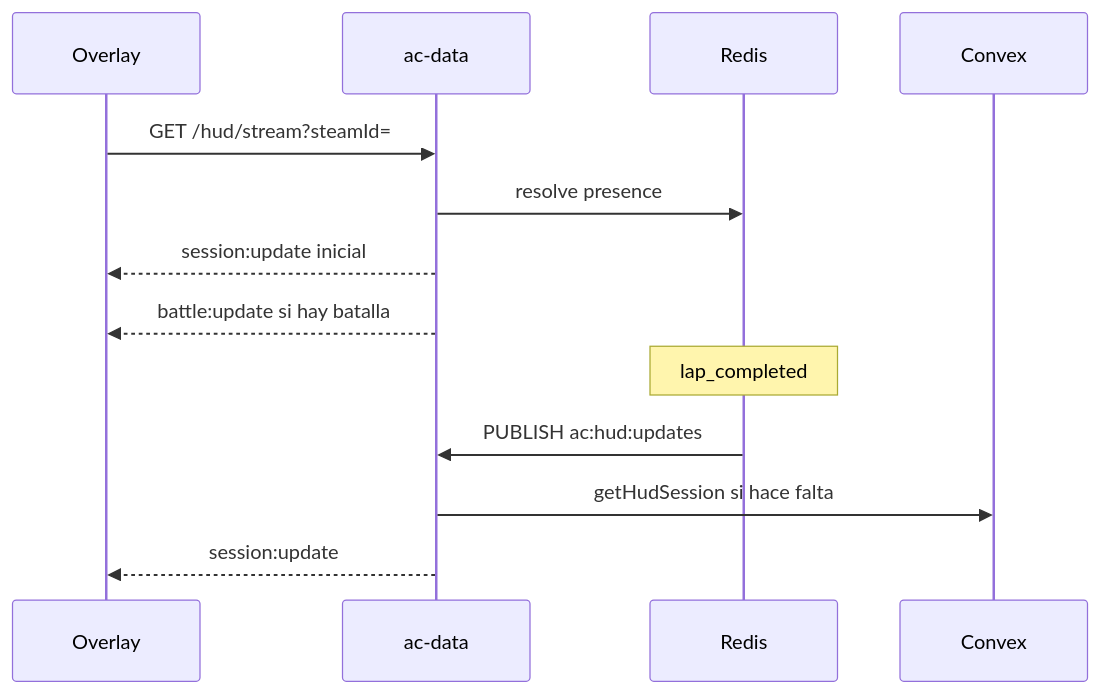
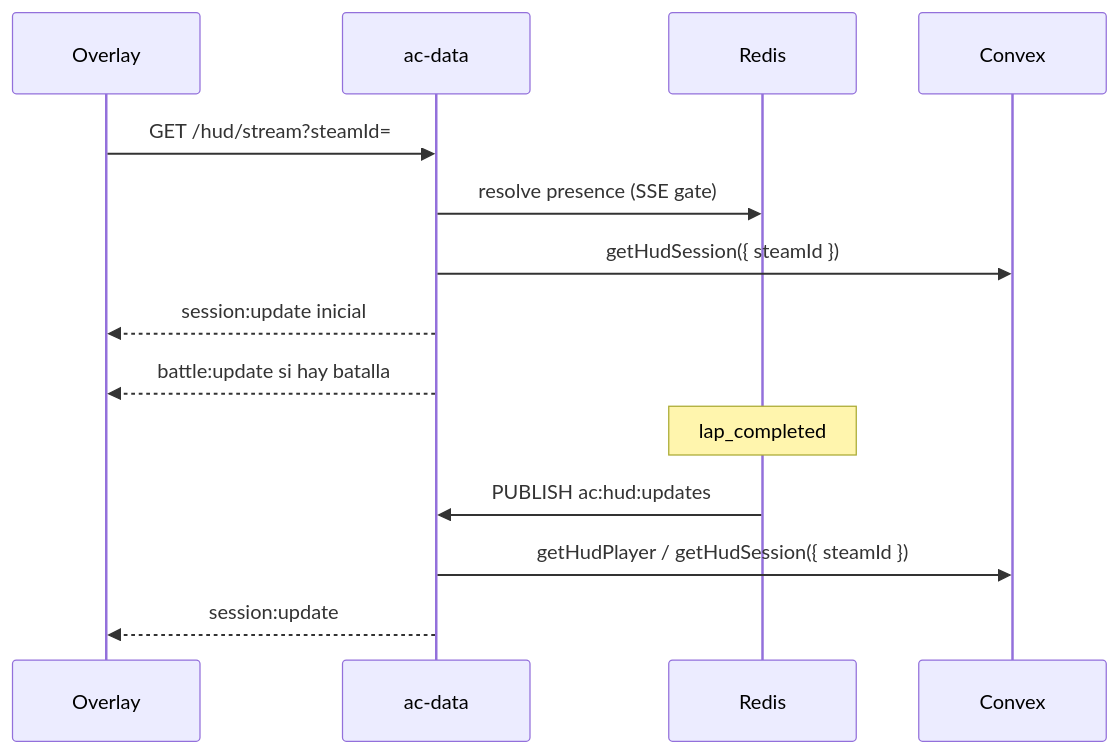
Before and after one commit to Porx312/docker-infrasture-assetto-corsa: the diagram in docs/HUD_TIME_ATTACK_INTEGRATION.md, drawn with Mermaid. The commit also changed other lines of this file and 37 other files, not shown here.

````diff
--- a/docs/HUD_TIME_ATTACK_INTEGRATION.md
+++ b/docs/HUD_TIME_ATTACK_INTEGRATION.md
@@ -18,17 +20,18 @@
 ```mermaid
 sequenceDiagram
   participant Overlay
   participant AcData as ac-data
   participant Redis
   participant Convex
 
   Overlay->>AcData: GET /hud/stream?steamId=
-  AcData->>Redis: resolve presence
+  AcData->>Redis: resolve presence (SSE gate)
+  AcData->>Convex: getHudSession({ steamId })
   AcData-->>Overlay: session:update inicial
   AcData-->>Overlay: battle:update si hay batalla
 
   Note over Redis: lap_completed
   Redis->>AcData: PUBLISH ac:hud:updates
-  AcData->>Convex: getHudSession si hace falta
+  AcData->>Convex: getHudPlayer / getHudSession({ steamId })
   AcData-->>Overlay: session:update
 ```
````
